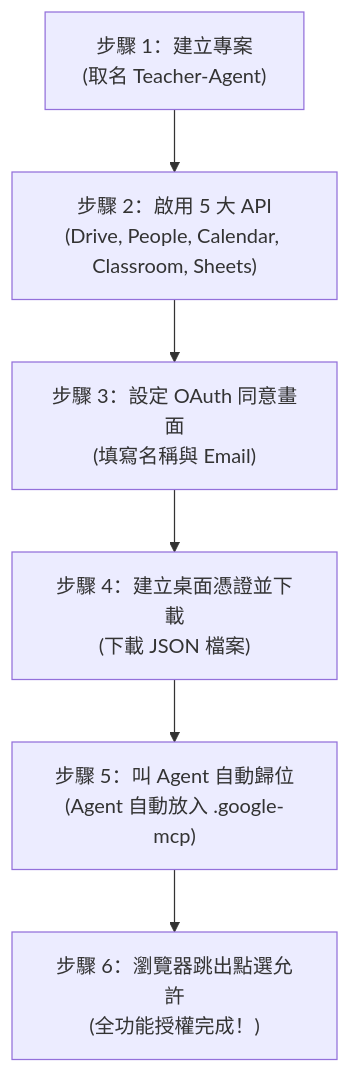
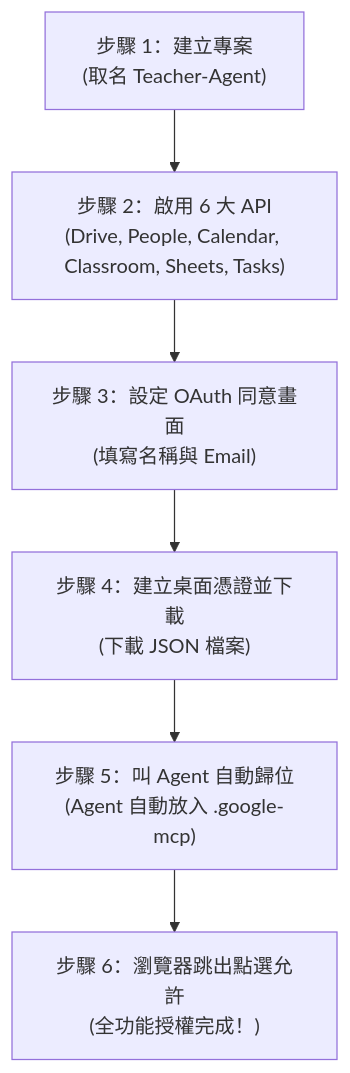
The diagram in 02-universal-mcps/GOOGLE_API_STEP_BY_STEP_GUIDE.md (froglssh/teacher-agent-universal-pack), drawn with Mermaid before and after one commit. The commit also changed other lines of this file and 5 other files, not shown here.

````diff
--- a/02-universal-mcps/GOOGLE_API_STEP_BY_STEP_GUIDE.md
+++ b/02-universal-mcps/GOOGLE_API_STEP_BY_STEP_GUIDE.md
@@ -19,8 +19,8 @@
 ```mermaid
 flowchart TD
-    S1["步驟 1：建立專案<br>(取名 Teacher-Agent)"] --> S2["步驟 2：啟用 5 大 API<br>(Drive, People, Calendar, Classroom, Sheets)"]
+    S1["步驟 1：建立專案<br>(取名 Teacher-Agent)"] --> S2["步驟 2：啟用 6 大 API<br>(Drive, People, Calendar, Classroom, Sheets, Tasks)"]
     S2 --> S3["步驟 3：設定 OAuth 同意畫面<br>(填寫名稱與 Email)"]
     S3 --> S4["步驟 4：建立桌面憑證並下載<br>(下載 JSON 檔案)"]
     S4 --> S5["步驟 5：叫 Agent 自動歸位<br>(Agent 自動放入 .google-mcp)"]
     S5 --> S6["步驟 6：瀏覽器跳出點選允許<br>(全功能授權完成！)"]
 ```
````
